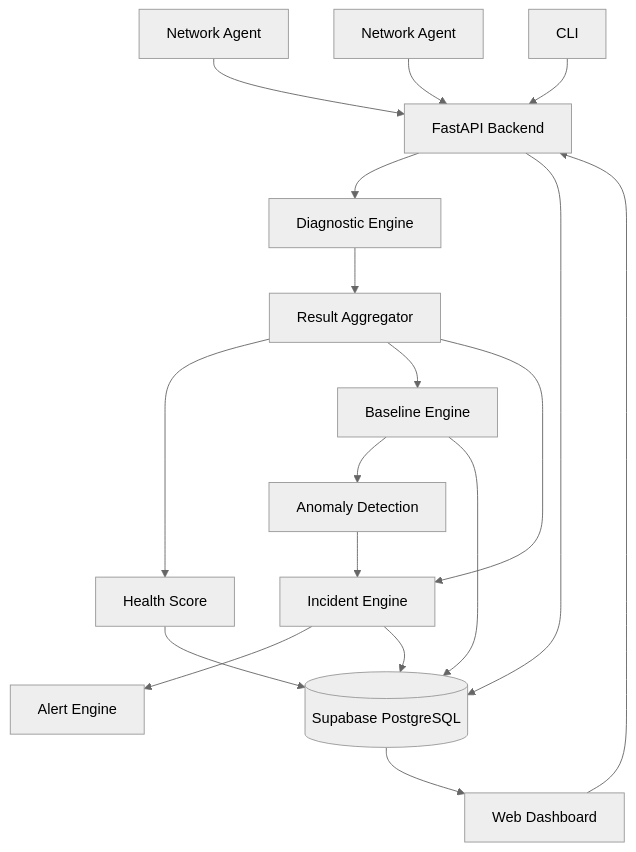
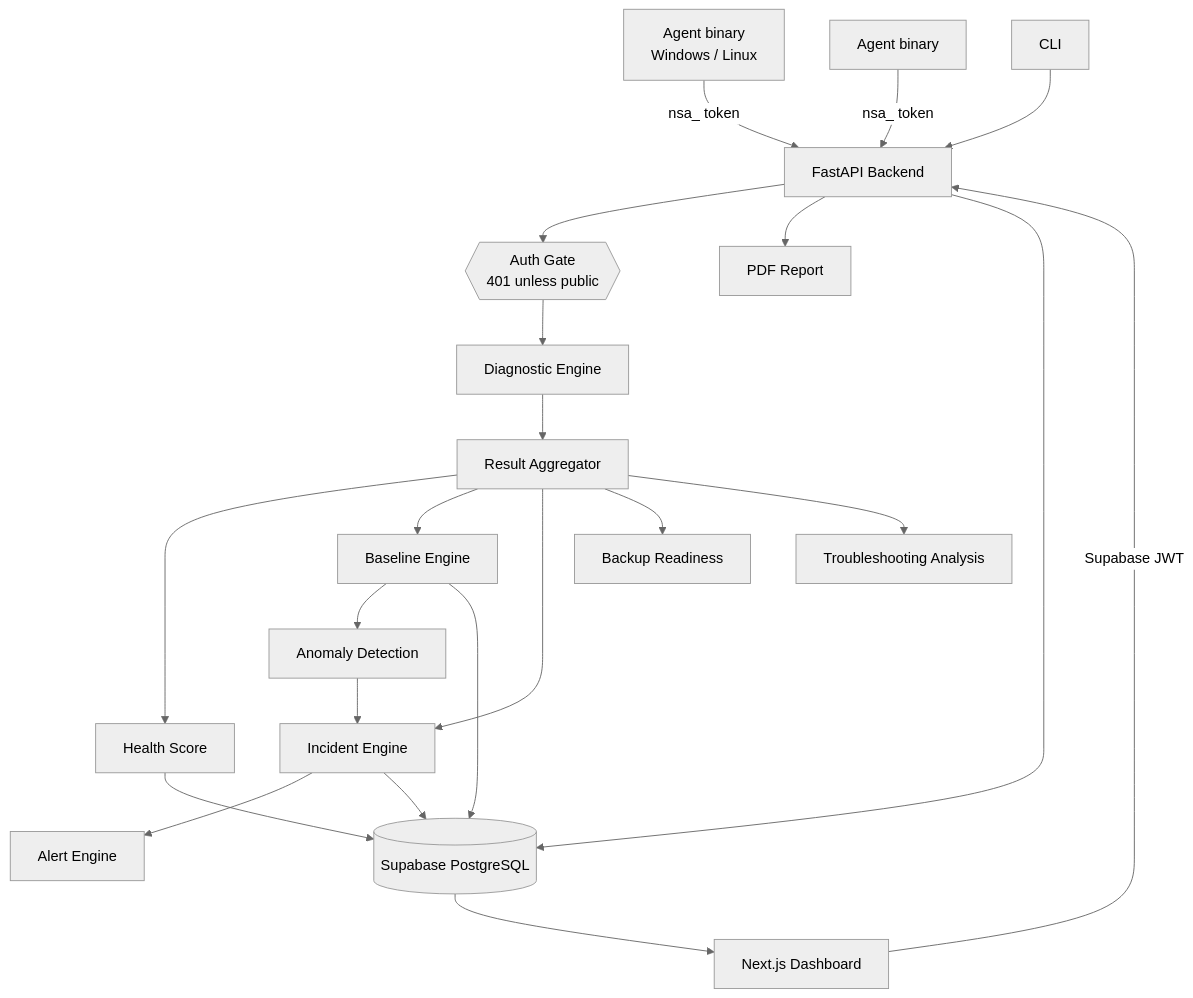
Before and after one commit to SiddharthaChathra/NetSentinal: the diagram in README.md, drawn with Mermaid (neutral theme). The commit also changed other lines of this file and 1 other file, not shown here.

````diff
--- a/README.md
+++ b/README.md
@@ -150,26 +218,28 @@
 ```mermaid
 flowchart TD
-    A[Network Agent] --> B[FastAPI Backend]
-    C[Network Agent] --> B
+    A[Agent binary<br/>Windows / Linux] -->|nsa_ token| B[FastAPI Backend]
+    A2[Agent binary] -->|nsa_ token| B
     D[CLI] --> B
-    E[Web Dashboard] --> B
+    E[Next.js Dashboard] -->|Supabase JWT| B
 
-    B --> F[Diagnostic Engine]
+    B --> AG{{Auth Gate<br/>401 unless public}}
+    AG --> F[Diagnostic Engine]
     F --> G[Result Aggregator]
     G --> H[Health Score]
 
     G --> I[Baseline Engine]
     I --> J[Anomaly Detection]
+    J --> K[Incident Engine]
+    G --> K
+    K --> L[Alert Engine]
 
-    G --> K[Incident Engine]
-    J --> K
-
-    K --> L[Alert Engine]
+    G --> N[Backup Readiness]
+    G --> O[Troubleshooting Analysis]
+    B --> P[PDF Report]
 
     B --> M[(Supabase PostgreSQL)]
     K --> M
     I --> M
     H --> M
-
     M --> E
 ```
````
